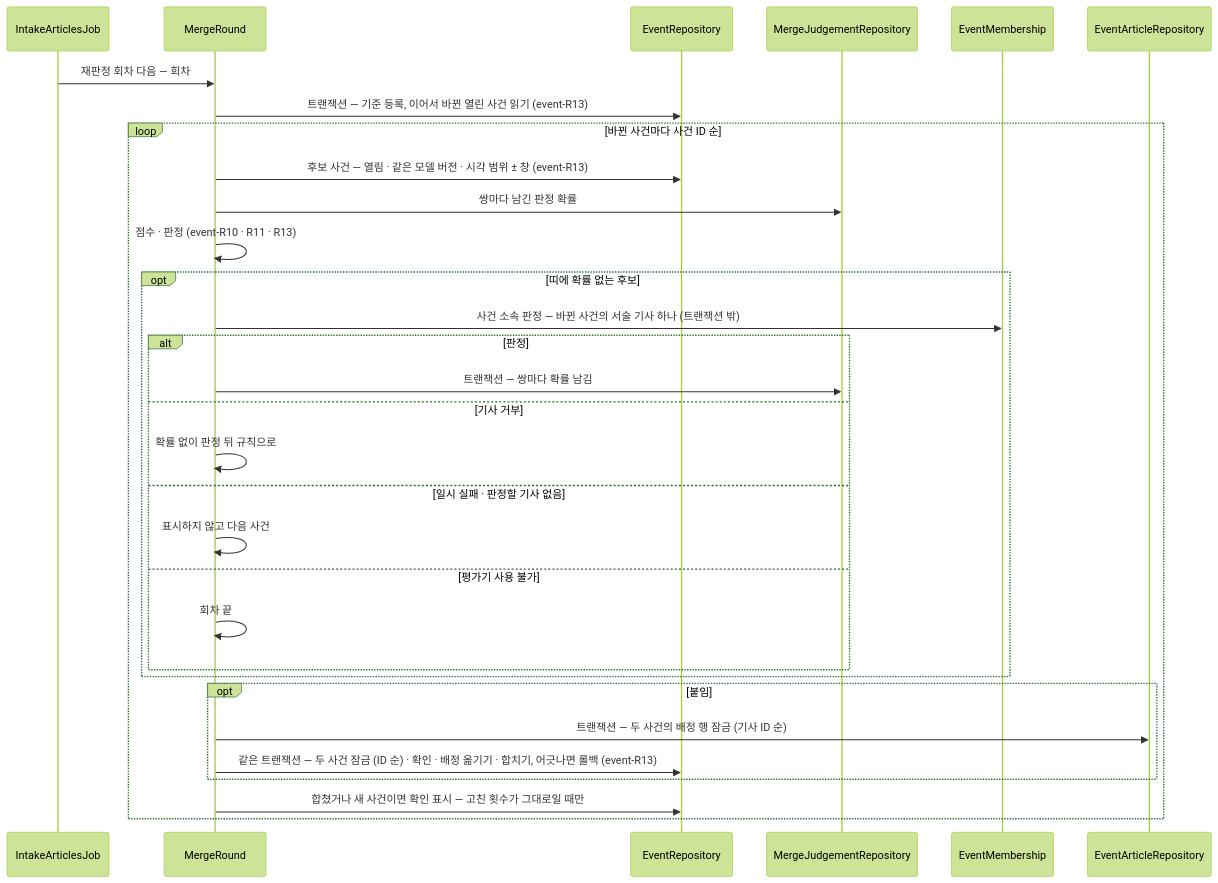
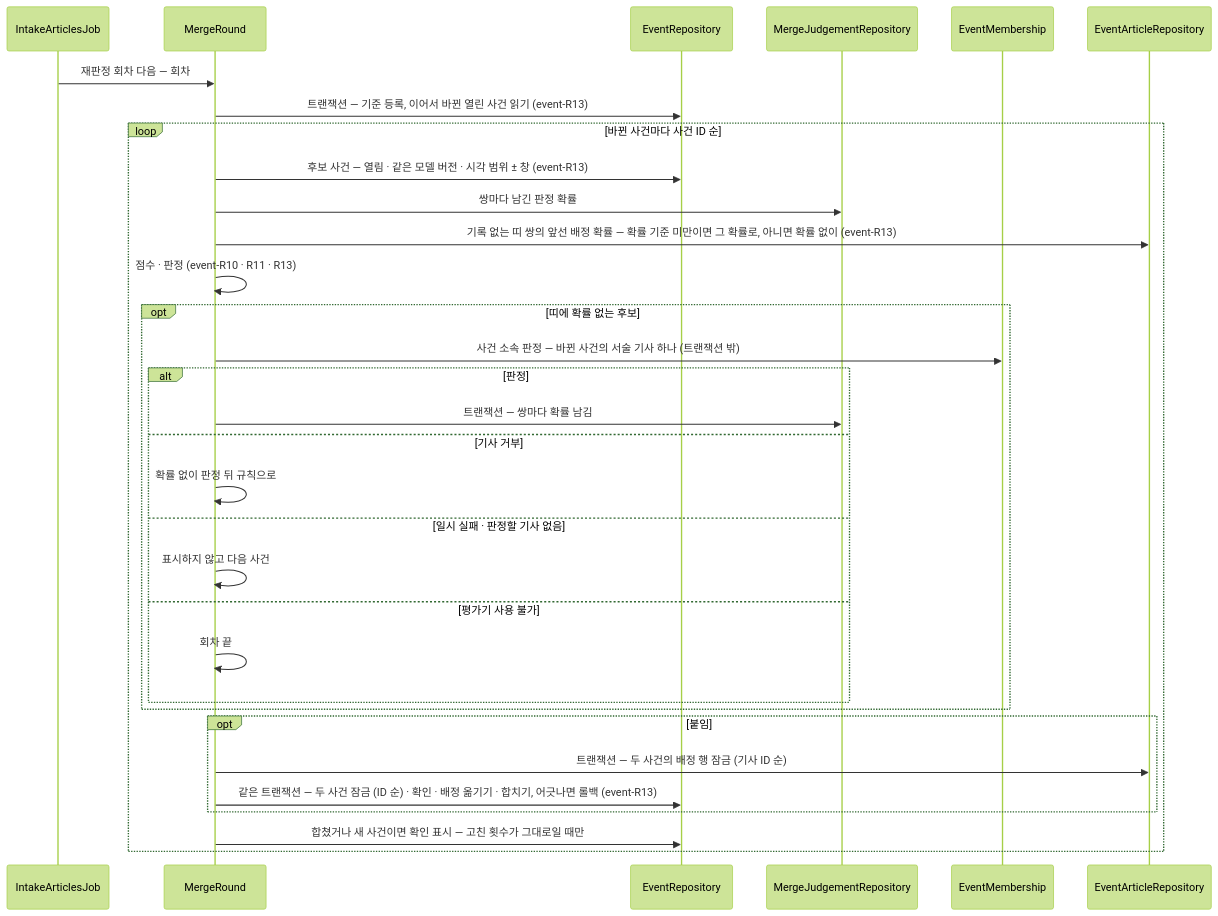
One commit to Theia0382/yozm-news changed the third of 3 diagrams in docs/specs/event.md. Above: the diagram before and after it, drawn with Mermaid (forest theme). The commit also changed other lines of this file and 9 other files, not shown here.

````diff
--- a/docs/specs/event.md
+++ b/docs/specs/event.md
@@ -410,34 +410,35 @@
 ```mermaid
 sequenceDiagram
     participant J as IntakeArticlesJob
     participant R as MergeRound
     participant V as EventRepository
     participant G as MergeJudgementRepository
     participant M as EventMembership
     participant B as EventArticleRepository
 
     J->>R: 재판정 회차 다음 — 회차
     R->>V: 트랜잭션 — 기준 등록, 이어서 바뀐 열린 사건 읽기 (event-R13)
     loop 바뀐 사건마다 사건 ID 순
         R->>V: 후보 사건 — 열림 · 같은 모델 버전 · 시각 범위 ± 창 (event-R13)
         R->>G: 쌍마다 남긴 판정 확률
+        R->>B: 기록 없는 띠 쌍의 앞선 배정 확률 — 확률 기준 미만이면 그 확률로, 아니면 확률 없이 (event-R13)
         R->>R: 점수 · 판정 (event-R10 · R11 · R13)
         opt 띠에 확률 없는 후보
             R->>M: 사건 소속 판정 — 바뀐 사건의 서술 기사 하나 (트랜잭션 밖)
             alt 판정
                 R->>G: 트랜잭션 — 쌍마다 확률 남김
             else 기사 거부
                 R->>R: 확률 없이 판정 뒤 규칙으로
             else 일시 실패 · 판정할 기사 없음
                 R->>R: 표시하지 않고 다음 사건
             else 평가기 사용 불가
                 R->>R: 회차 끝
             end
         end
         opt 붙임
             R->>B: 트랜잭션 — 두 사건의 배정 행 잠금 (기사 ID 순)
             R->>V: 같은 트랜잭션 — 두 사건 잠금 (ID 순) · 확인 · 배정 옮기기 · 합치기, 어긋나면 롤백 (event-R13)
         end
         R->>V: 합쳤거나 새 사건이면 확인 표시 — 고친 횟수가 그대로일 때만
     end
 ```
````
